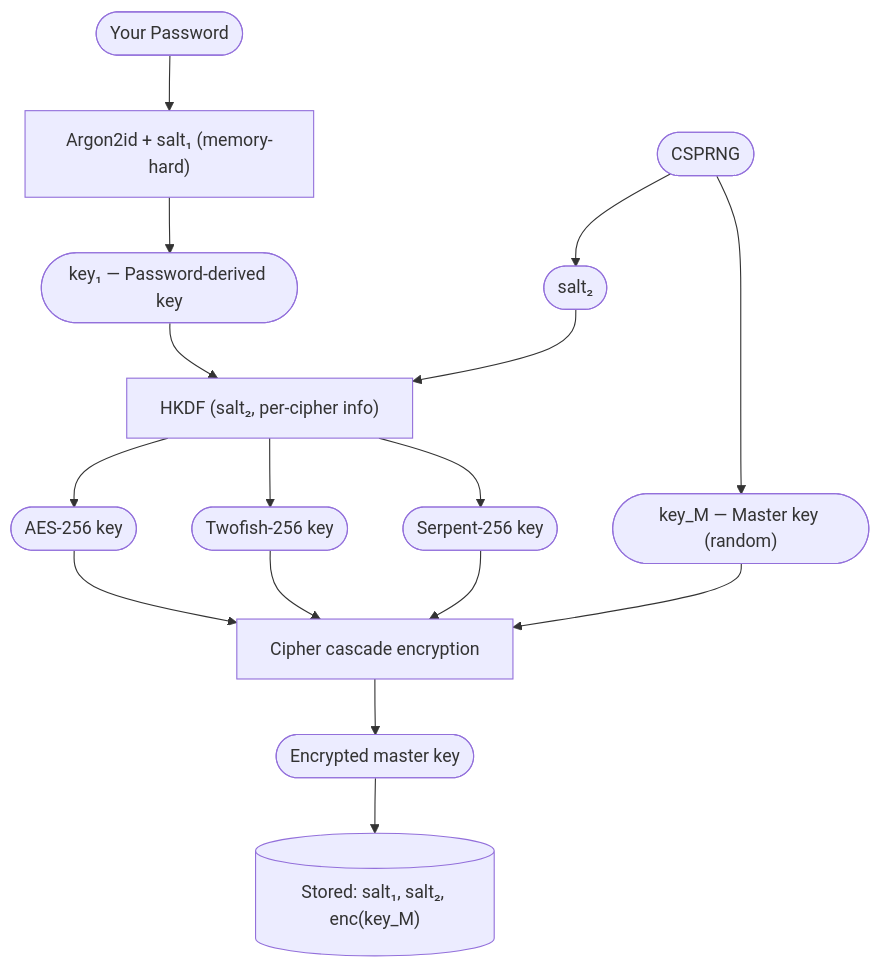
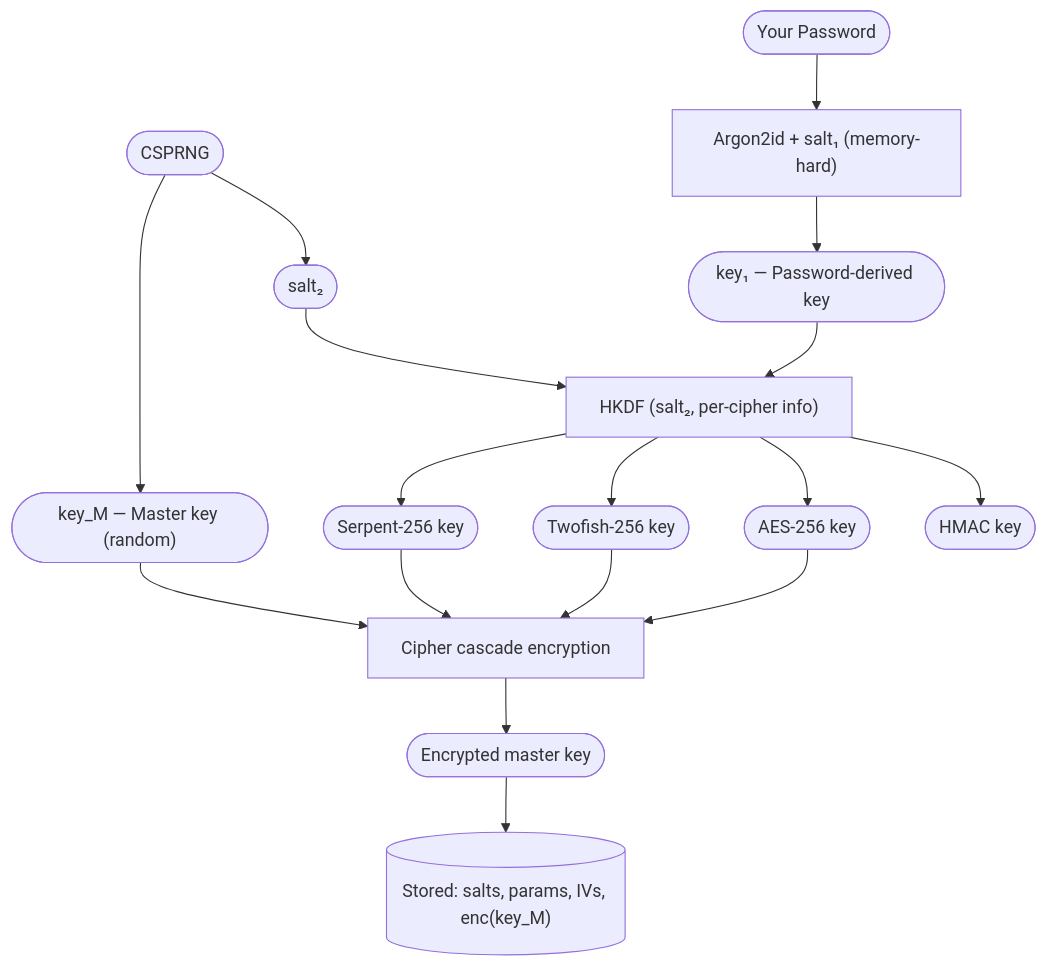
The first of 2 diagrams in packages/site/src/content/docs/introduction/encryption.md (DeepinkApp/deepink), drawn with Mermaid before and after one commit. The commit also changed other lines of this file, not shown here.

`````diff
--- a/packages/site/src/content/docs/introduction/encryption.md
+++ b/packages/site/src/content/docs/introduction/encryption.md
@@ -31,23 +31,24 @@
 ```mermaid
 flowchart TD
     PW(["Your Password"]) --> ARGON["Argon2id + salt₁ (memory-hard)"]
     ARGON --> KEY1(["key₁ — Password-derived key"])
 
     RAND(["CSPRNG"]) --> KEYM(["key_M — Master key (random)"])
     RAND --> SALT2(["salt₂"])
 
     KEY1 --> HKDF_W["HKDF (salt₂, per-cipher info)"]
     SALT2 --> HKDF_W
 
     HKDF_W --> WK1(["AES-256 key"])
     HKDF_W --> WK2(["Twofish-256 key"])
     HKDF_W --> WK3(["Serpent-256 key"])
+    HKDF_W --> AUTH(["HMAC key"])
 
     WK1 --> CASENC["Cipher cascade encryption"]
     WK2 --> CASENC
     WK3 --> CASENC
     KEYM --> CASENC
 
     CASENC --> ENCM(["Encrypted master key"])
-    ENCM --> DISK[("Stored: salt₁, salt₂, enc(key_M)")]
-```
+    ENCM --> DISK[("Stored: salts, params, IVs, enc(key_M)")]
+````
`````
